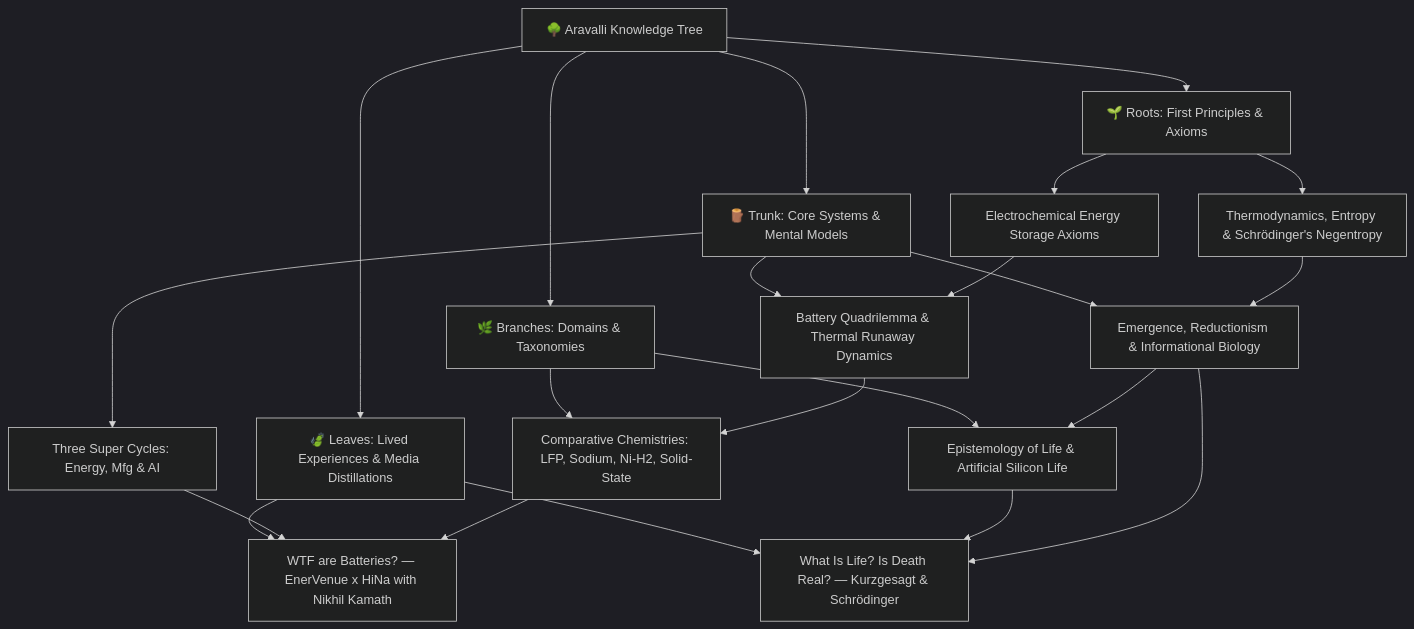
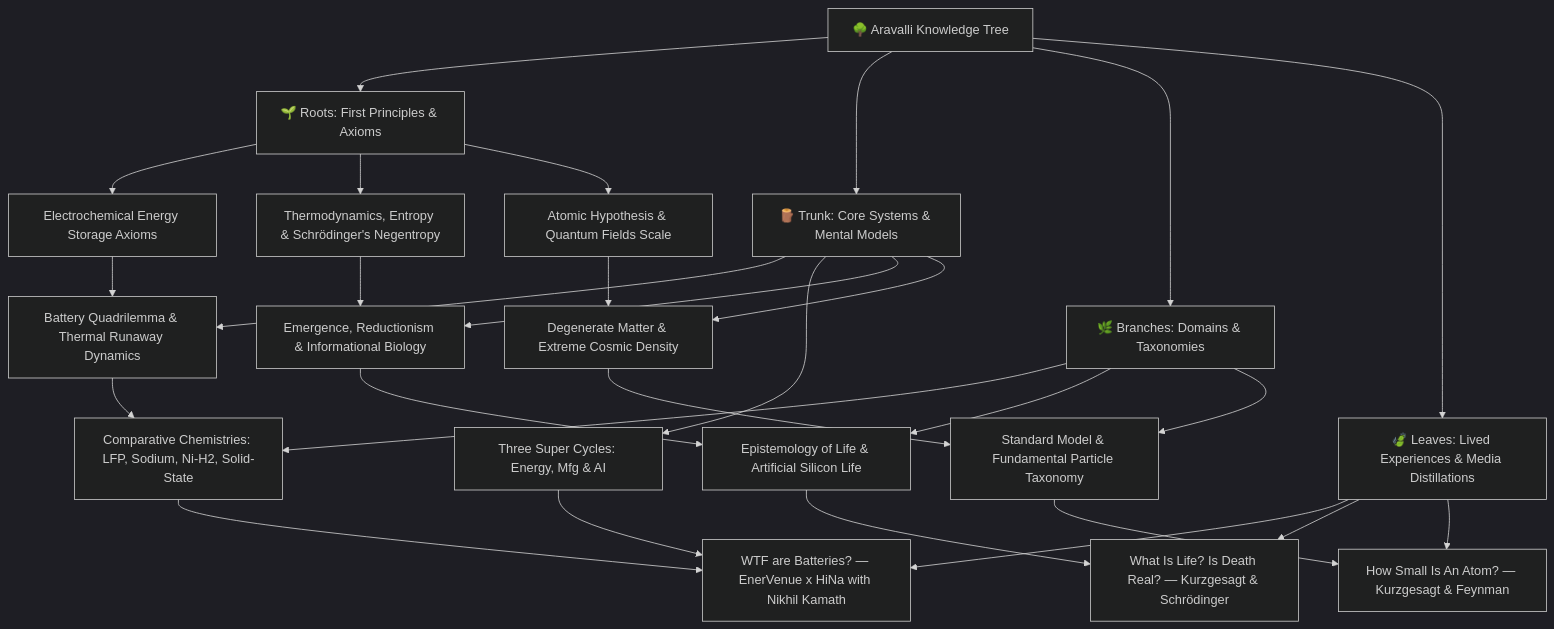
Before and after one commit to vs00918/aravalli: the diagram in README.md, drawn with Mermaid (dark theme). The commit also changed other lines of this file and 6 other files, not shown here.

Commit message:
Ingest Kurzgesagt Atomic Scale & Quantum Mechanics: Add Roots, Trunk, Branches & Leaf nodes

````diff
--- a/README.md
+++ b/README.md
@@ -7,34 +7,40 @@
 ```mermaid
 graph TD
     RootNode["🌳 Aravalli Knowledge Tree"] --> Roots["🌱 Roots: First Principles & Axioms"]
     RootNode --> Trunk["🪵 Trunk: Core Systems & Mental Models"]
     RootNode --> Branches["🌿 Branches: Domains & Taxonomies"]
     RootNode --> Leaves["🍃 Leaves: Lived Experiences & Media Distillations"]
 
     %% Roots
     Roots --> R1["Electrochemical Energy Storage Axioms"]
     Roots --> R2["Thermodynamics, Entropy & Schrödinger's Negentropy"]
+    Roots --> R3["Atomic Hypothesis & Quantum Fields Scale"]
 
     %% Trunk
     Trunk --> T1["Battery Quadrilemma & Thermal Runaway Dynamics"]
     Trunk --> T2["Three Super Cycles: Energy, Mfg & AI"]
     Trunk --> T3["Emergence, Reductionism & Informational Biology"]
+    Trunk --> T4["Degenerate Matter & Extreme Cosmic Density"]
 
     %% Branches
     Branches --> B1["Comparative Chemistries: LFP, Sodium, Ni-H2, Solid-State"]
     Branches --> B2["Epistemology of Life & Artificial Silicon Life"]
+    Branches --> B3["Standard Model & Fundamental Particle Taxonomy"]
 
     %% Leaves
     Leaves --> L1["WTF are Batteries? — EnerVenue x HiNa with Nikhil Kamath"]
     Leaves --> L2["What Is Life? Is Death Real? — Kurzgesagt & Schrödinger"]
+    Leaves --> L3["How Small Is An Atom? — Kurzgesagt & Feynman"]
 
-    %% Inter-tier cross connections
+    %% Cross-Tier Connections
     R1 --> T1
     R2 --> T3
+    R3 --> T4
     T1 --> B1
     T3 --> B2
-    T2 --> L1
+    T4 --> B3
     B1 --> L1
     B2 --> L2
-    T3 --> L2
+    B3 --> L3
+    T2 --> L1
 ```
````
